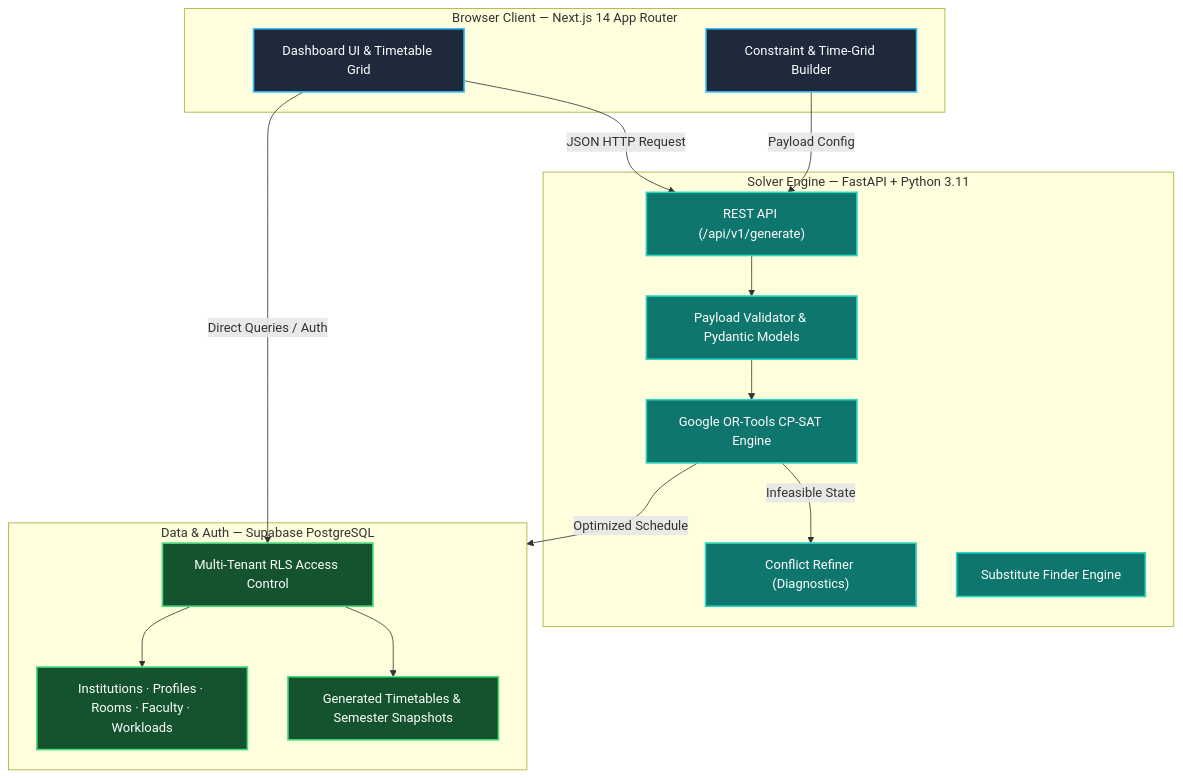
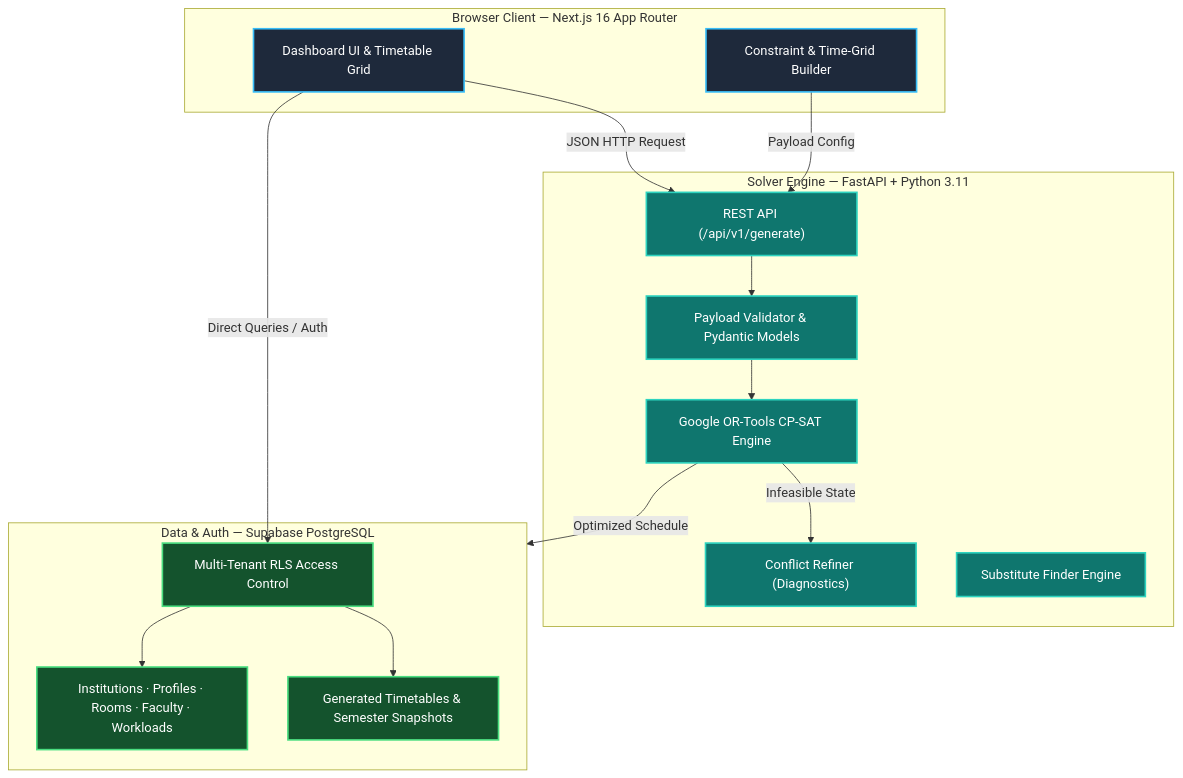
One commit to AshrafGalaxy/Shift_Sync changed the diagram in README.md. Above: the diagram before and after it, drawn with Mermaid. The commit also changed other lines of this file and 2 other files, not shown here.

````diff
--- a/README.md
+++ b/README.md
@@ -25,35 +25,35 @@
 ```mermaid
 flowchart TD
     classDef client fill:#1e293b,stroke:#38bdf8,stroke-width:2px,color:#fff
     classDef engine fill:#0f766e,stroke:#2dd4bf,stroke-width:2px,color:#fff
     classDef database fill:#14532d,stroke:#4ade80,stroke-width:2px,color:#fff
 
-    subgraph Client ["Browser Client — Next.js 14 App Router"]
+    subgraph Client ["Browser Client — Next.js 16 App Router"]
         UI["Dashboard UI & Timetable Grid"]:::client
         Builder["Constraint & Time-Grid Builder"]:::client
     end
 
     subgraph Backend ["Solver Engine — FastAPI + Python 3.11"]
         API["REST API (/api/v1/generate)"]:::engine
         Validator["Payload Validator & Pydantic Models"]:::engine
         CPSAT["Google OR-Tools CP-SAT Engine"]:::engine
         Refiner["Conflict Refiner (Diagnostics)"]:::engine
         SubFinder["Substitute Finder Engine"]:::engine
     end
 
     subgraph DB ["Data & Auth — Supabase PostgreSQL"]
         RLS["Multi-Tenant RLS Access Control"]:::database
         Tables["Institutions · Profiles · Rooms · Faculty · Workloads"]:::database
         History["Generated Timetables & Semester Snapshots"]:::database
     end
 
     UI -->|JSON HTTP Request| API
     Builder -->|Payload Config| API
     API --> Validator
     Validator --> CPSAT
     CPSAT -- Infeasible State --> Refiner
     CPSAT -- Optimized Schedule --> DB
     UI -->|Direct Queries / Auth| RLS
     RLS --> Tables
     RLS --> History
 ```
````
